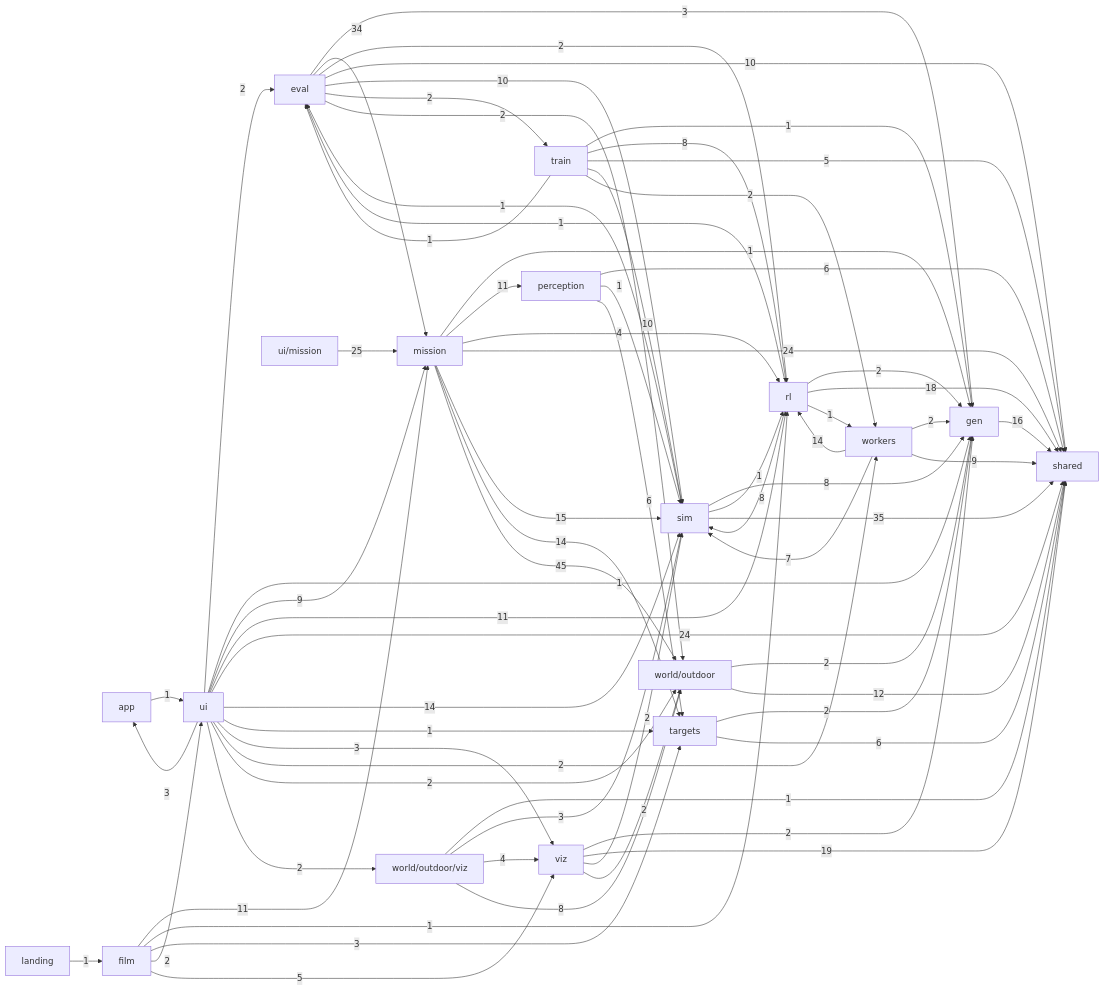
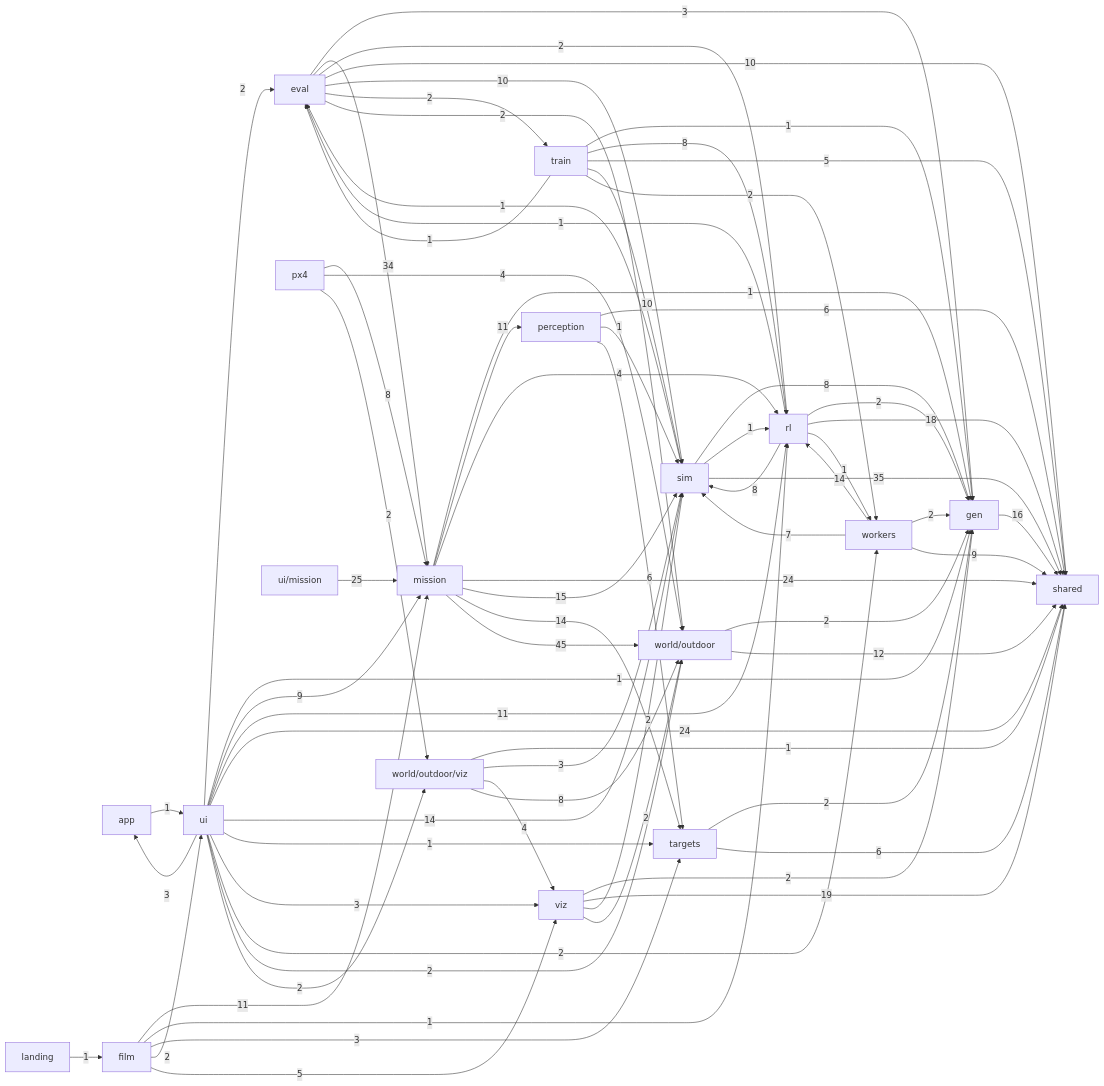
Before and after one commit to alexnieves-cs/frontier-fly: the second of 2 diagrams in docs/ARCHITECTURE.md, drawn with Mermaid. The commit also changed other lines of this file and 31 other files, not shown here.

```diff
--- a/docs/ARCHITECTURE.md
+++ b/docs/ARCHITECTURE.md
@@ -81,6 +81,7 @@
   landing["landing"]
   mission["mission"]
   perception["perception"]
+  px4["px4"]
   rl["rl"]
   shared["shared"]
   sim["sim"]
@@ -117,6 +118,9 @@
   perception -->|6| shared
   perception -->|1| sim
   perception -->|6| targets
+  px4 -->|8| mission
+  px4 -->|4| world_outdoor
+  px4 -->|2| world_outdoor_viz
   rl -->|1| eval
   rl -->|2| gen
   rl -->|18| shared
```
